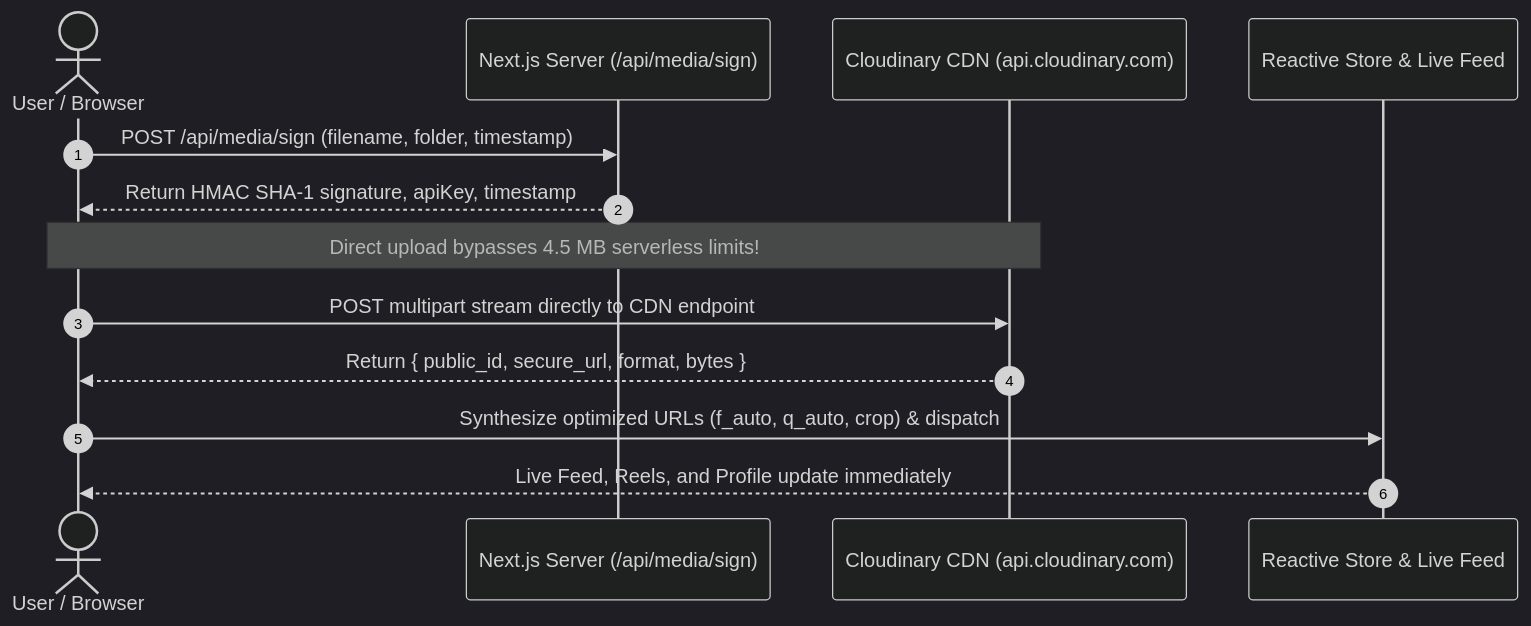
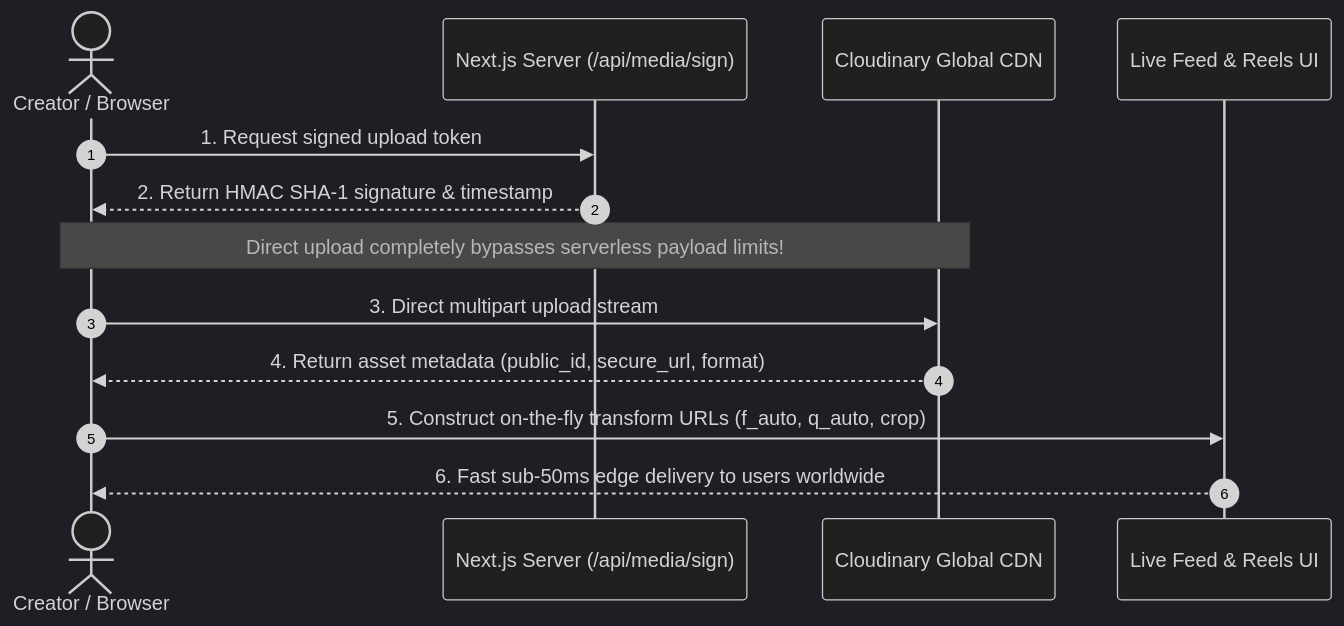
One commit to gagankalyan39/mediagram changed the diagram in README.md. Above: the diagram before and after it, drawn with Mermaid (dark theme). The commit also changed other lines of this file, not shown here.

````diff
--- a/README.md
+++ b/README.md
@@ -204,16 +78,16 @@
 ```mermaid
 sequenceDiagram
     autonumber
-    actor Creator as User / Browser
-    participant Server as Next.js Server (/api/media/sign)
-    participant Cloudinary as Cloudinary CDN (api.cloudinary.com)
-    participant Store as Reactive Store & Live Feed
+    actor User as Creator / Browser
+    participant App as Next.js Server (/api/media/sign)
+    participant Cloud as Cloudinary Global CDN
+    participant Feed as Live Feed & Reels UI
 
-    Creator->>Server: POST /api/media/sign (filename, folder, timestamp)
-    Server-->>Creator: Return HMAC SHA-1 signature, apiKey, timestamp
-    Note over Creator,Cloudinary: Direct upload bypasses 4.5 MB serverless limits!
-    Creator->>Cloudinary: POST multipart stream directly to CDN endpoint
-    Cloudinary-->>Creator: Return { public_id, secure_url, format, bytes }
-    Creator->>Store: Synthesize optimized URLs (f_auto, q_auto, crop) & dispatch
-    Store-->>Creator: Live Feed, Reels, and Profile update immediately
+    User->>App: 1. Request signed upload token
+    App-->>User: 2. Return HMAC SHA-1 signature & timestamp
+    Note over User,Cloud: Direct upload completely bypasses serverless payload limits!
+    User->>Cloud: 3. Direct multipart upload stream
+    Cloud-->>User: 4. Return asset metadata (public_id, secure_url, format)
+    User->>Feed: 5. Construct on-the-fly transform URLs (f_auto, q_auto, crop)
+    Feed-->>User: 6. Fast sub-50ms edge delivery to users worldwide
 ```
````
